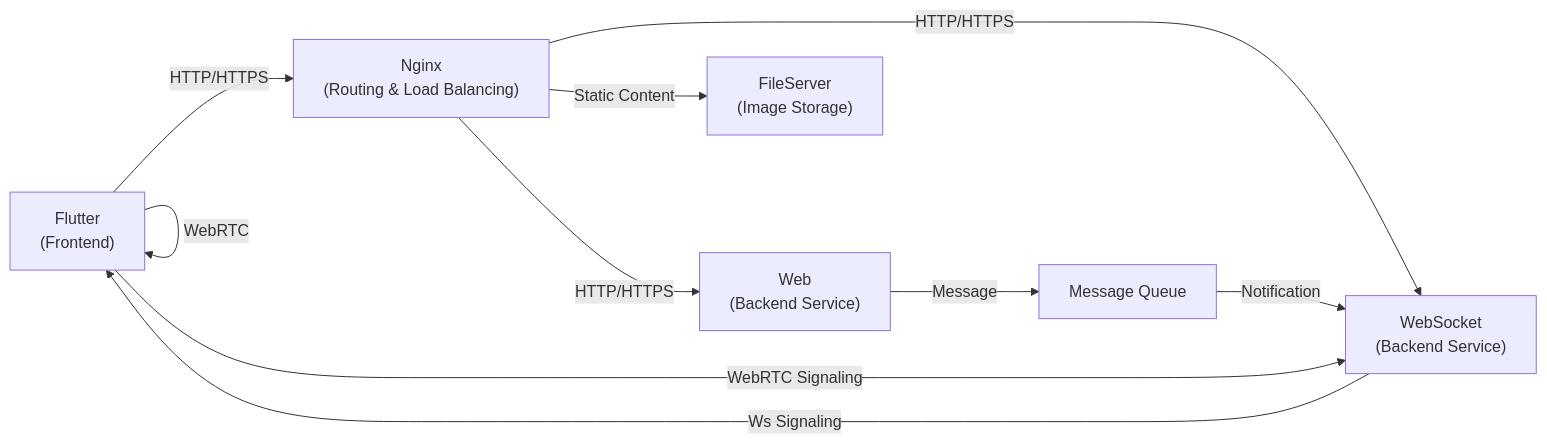
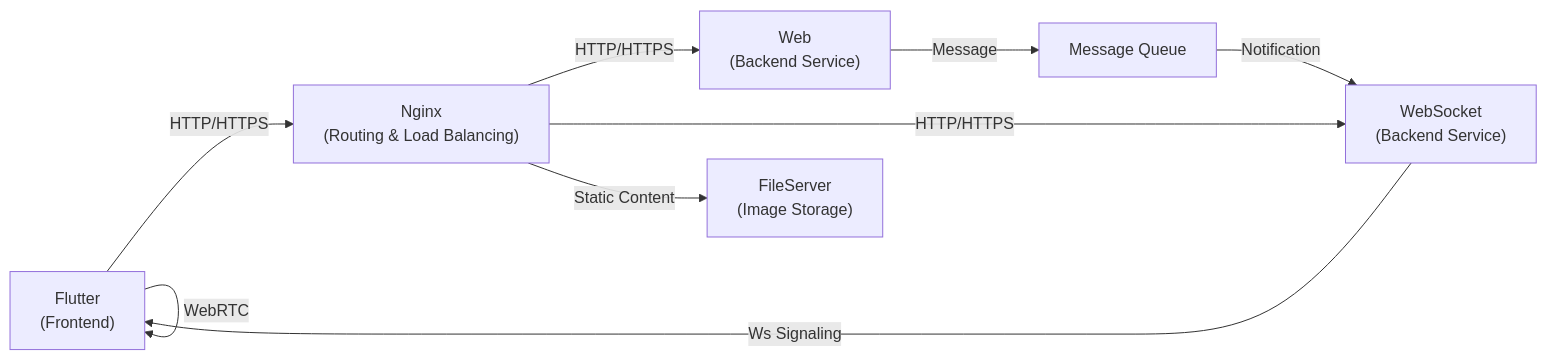
Before and after one commit to rickylin614/im: the first of 4 diagrams in README.md, drawn with Mermaid.

Commit message:
docs: 修正架構圖

````diff
--- a/README.md
+++ b/README.md
@@ -10,12 +10,11 @@
 ```mermaid
 graph LR
     Flutter["Flutter<br>(Frontend)"] -->|HTTP/HTTPS| Nginx["Nginx<br>(Routing & Load Balancing)"]
     Nginx -->|HTTP/HTTPS| Web["Web<br>(Backend Service)"]
     Nginx -->|HTTP/HTTPS| WebSocket["WebSocket<br>(Backend Service)"]
     Nginx -->|Static Content| FileServer["FileServer<br>(Image Storage)"]
     Flutter -->|WebRTC| Flutter
     Web -->|Message| Queue[Message Queue]
     Queue -->|Notification| WebSocket
     WebSocket -->|Ws Signaling| Flutter
-    Flutter -->|WebRTC Signaling| WebSocket
 ```
````
